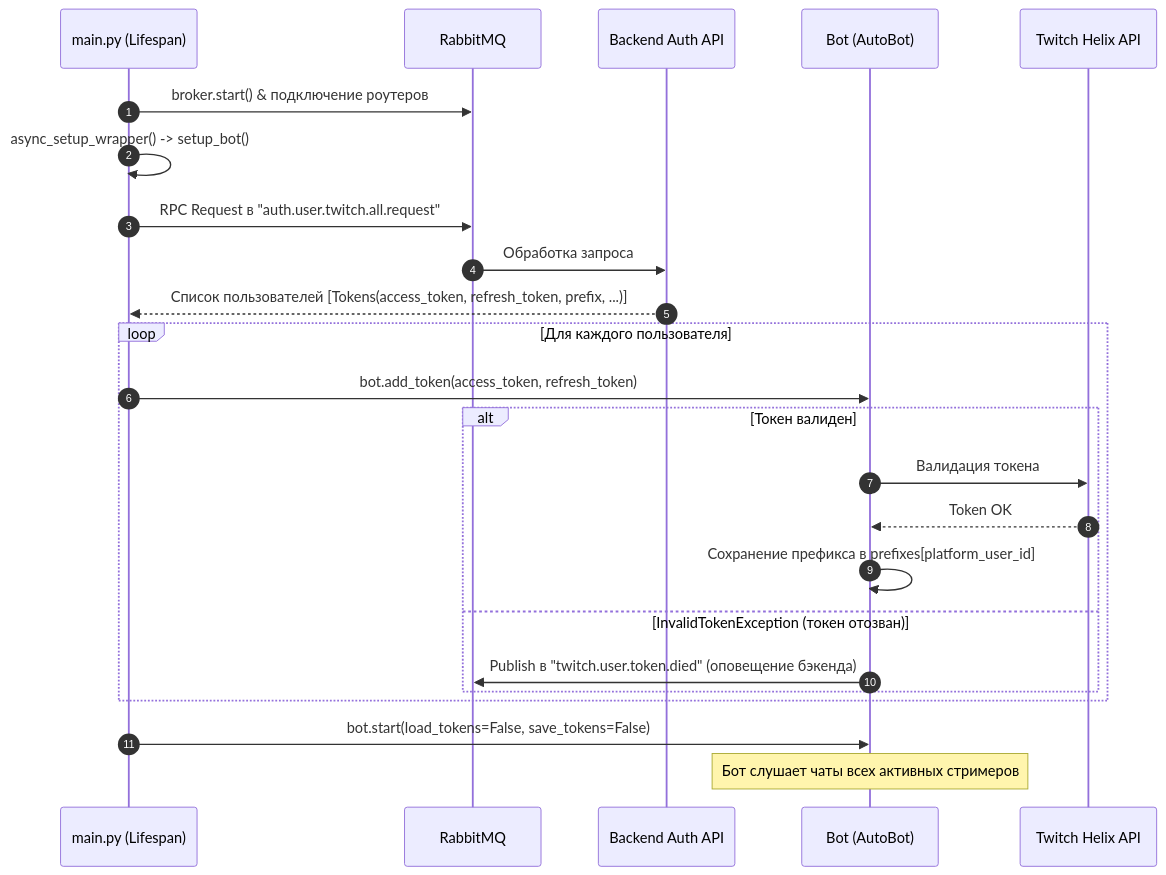
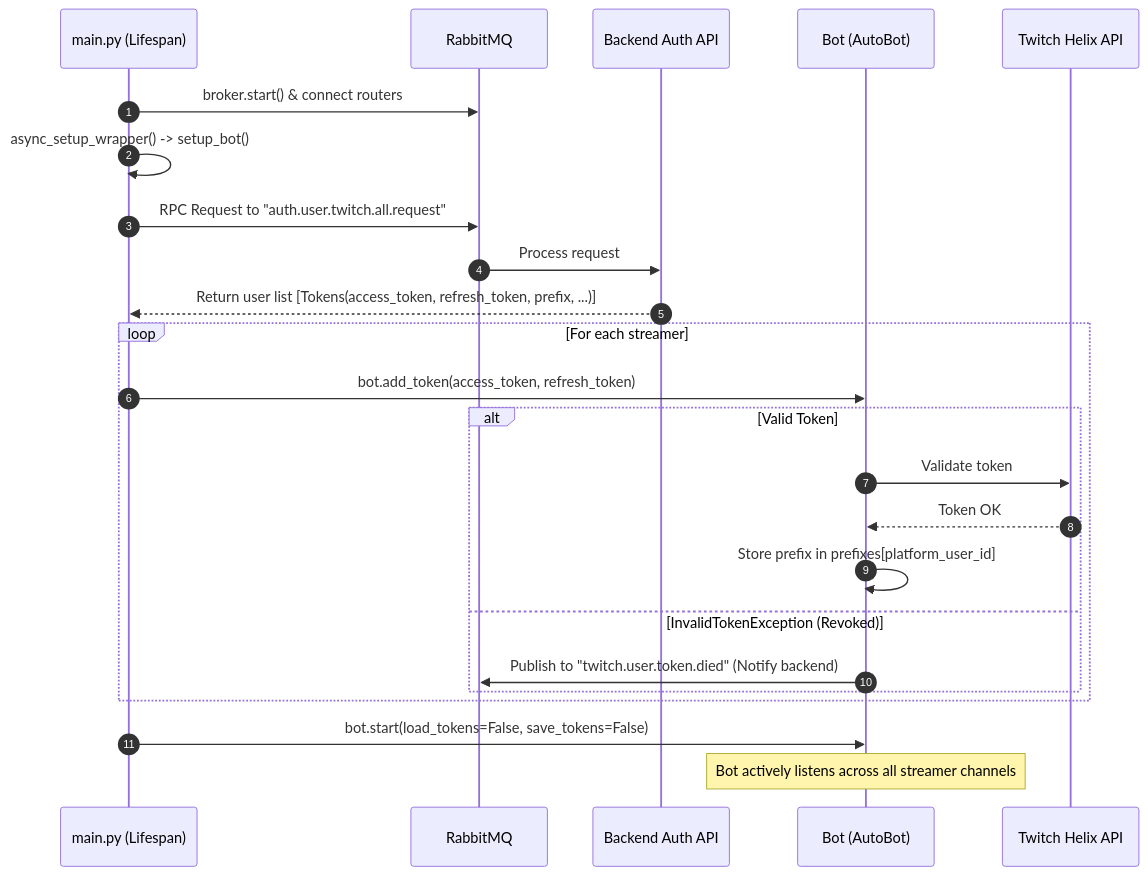
Before and after one commit to DustGalaxy/openplaylist-mono: the fifth of 5 diagrams in docs/bots/bot_ttv.md, drawn with Mermaid. The commit also changed other lines of this file and 21 other files, not shown here.

Commit message:
docs: translate technical architecture and component guides to English

````diff
--- a/docs/bots/bot_ttv.md
+++ b/docs/bots/bot_ttv.md
@@ -224,29 +224,29 @@
 ```mermaid
 sequenceDiagram
     autonumber
     participant Main as main.py (Lifespan)
     participant Rabbit as RabbitMQ
     participant Backend as Backend Auth API
     participant Bot as Bot (AutoBot)
     participant Twitch as Twitch Helix API
 
-    Main->>Rabbit: broker.start() & подключение роутеров
+    Main->>Rabbit: broker.start() & connect routers
     Main->>Main: async_setup_wrapper() -> setup_bot()
-    Main->>Rabbit: RPC Request в "auth.user.twitch.all.request"
-    Rabbit->>Backend: Обработка запроса
-    Backend-->>Main: Список пользователей [Tokens(access_token, refresh_token, prefix, ...)]
+    Main->>Rabbit: RPC Request to "auth.user.twitch.all.request"
+    Rabbit->>Backend: Process request
+    Backend-->>Main: Return user list [Tokens(access_token, refresh_token, prefix, ...)]
     
-    loop Для каждого пользователя
+    loop For each streamer
         Main->>Bot: bot.add_token(access_token, refresh_token)
-        alt Токен валиден
-            Bot->>Twitch: Валидация токена
+        alt Valid Token
+            Bot->>Twitch: Validate token
             Twitch-->>Bot: Token OK
-            Bot->>Bot: Сохранение префикса в prefixes[platform_user_id]
-        else InvalidTokenException (токен отозван)
-            Bot->>Rabbit: Publish в "twitch.user.token.died" (оповещение бэкенда)
+            Bot->>Bot: Store prefix in prefixes[platform_user_id]
+        else InvalidTokenException (Revoked)
+            Bot->>Rabbit: Publish to "twitch.user.token.died" (Notify backend)
         end
     end
 
     Main->>Bot: bot.start(load_tokens=False, save_tokens=False)
-    Note over Bot: Бот слушает чаты всех активных стримеров
+    Note over Bot: Bot actively listens across all streamer channels
 ```
````
